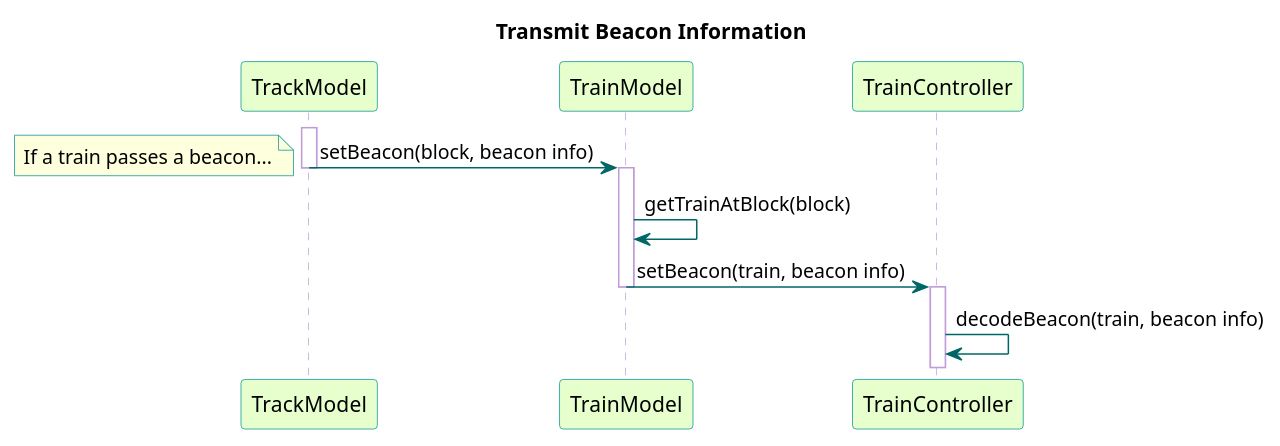
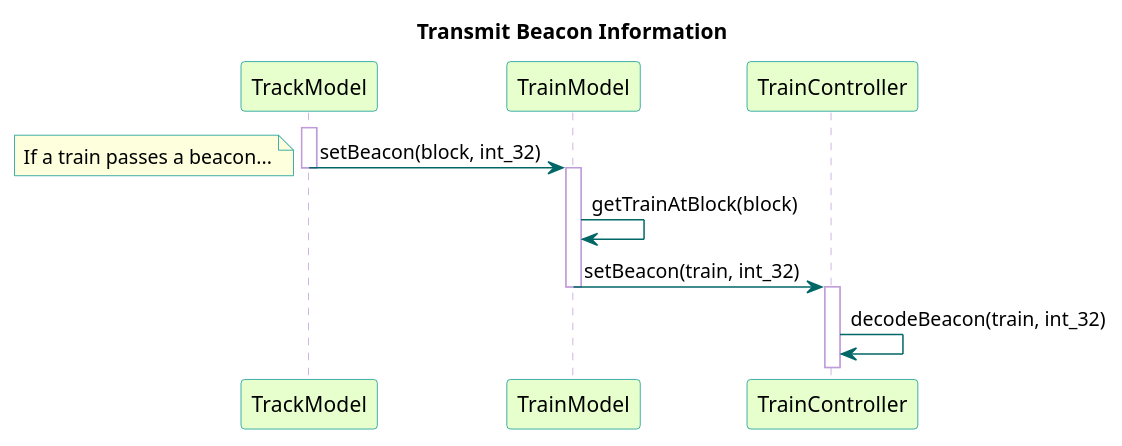
The diagram in TrainSystem/yUML/Sequence Diagrams/Overall/TransmitBeaconInformation.pu (kevingilboy/COE1186), drawn with PlantUML before and after one commit. The commit also changed 1 other file, not shown here.

Commit message:
specification of beacon info as int_32

```diff
--- a/TrainSystem/yUML/Sequence Diagrams/Overall/TransmitBeaconInformation.pu
+++ b/TrainSystem/yUML/Sequence Diagrams/Overall/TransmitBeaconInformation.pu
@@ -1,32 +1,32 @@
 @startuml
 
 title Transmit Beacon Information
 
 skinparam noteBorderColor #049595
 
 skinparam sequence {
 	BackgroundColor transparent
 	ParticipantBackgroundColor #e6ffcc
 	ParticipantBorderColor 	#049595
 	PackageBorderCOlor  #049595
 	ArrowColor #006666
 	LifeLineBorderColor #c09cd9
 }
 
 participant TrackModel
 participant TrainModel
 participant TrainController
 
 activate TrackModel
-TrackModel -> TrainModel : setBeacon(block, beacon info)
+TrackModel -> TrainModel : setBeacon(block, int_32)
 note left: If a train passes a beacon...
 deactivate TrackModel
 
 activate TrainModel
 TrainModel -> TrainModel : getTrainAtBlock(block)
-TrainModel -> TrainController : setBeacon(train, beacon info)
+TrainModel -> TrainController : setBeacon(train, int_32)
 deactivate TrainModel
 activate TrainController
-TrainController -> TrainController : decodeBeacon(train, beacon info)
+TrainController -> TrainController : decodeBeacon(train, int_32)
 
 @enduml
```
